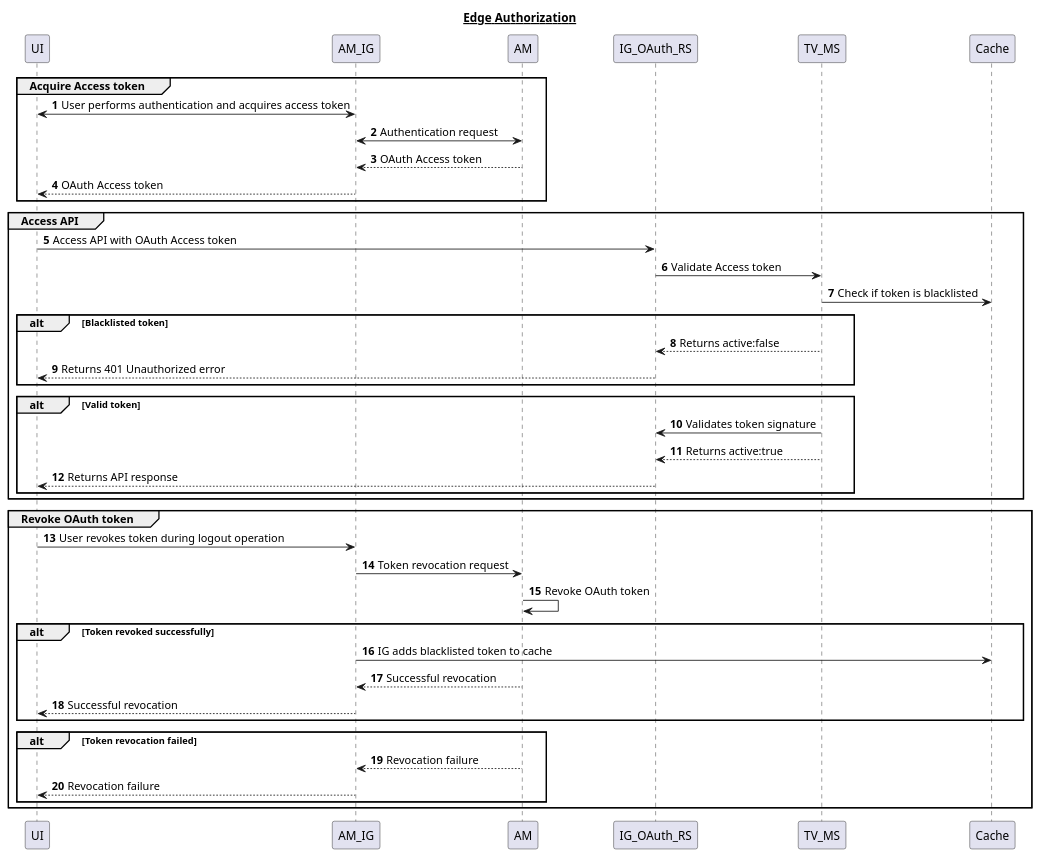
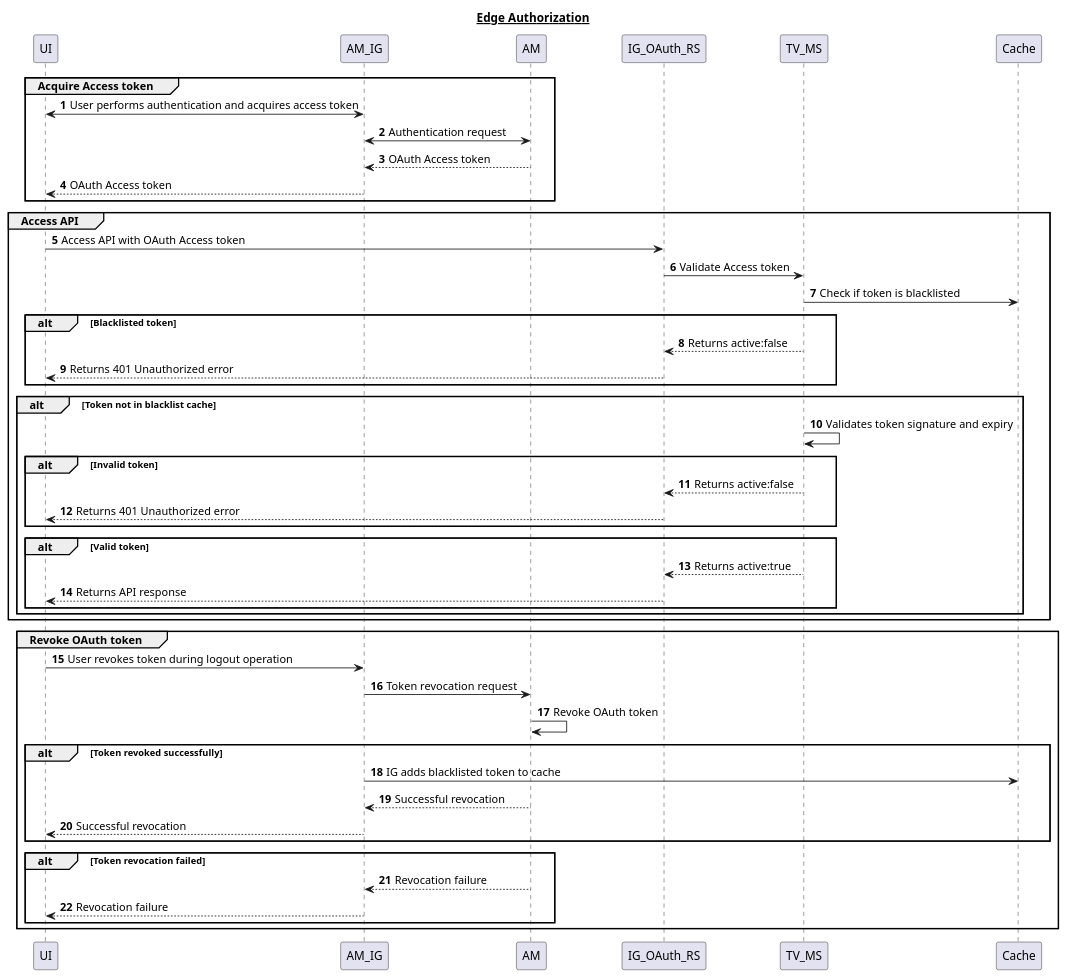
One commit to CharanMann/EdgeAuthz-TokenValidation changed the diagram in diagrams/EdgeAuthzSequence.puml. Above: the diagram before and after it, drawn with PlantUML. The commit also changed 7 other files, not shown here.

Commit message:
Expiring token cache

```diff
--- a/diagrams/EdgeAuthzSequence.puml
+++ b/diagrams/EdgeAuthzSequence.puml
@@ -1,42 +1,48 @@
 @startuml
 title __Edge Authorization__
 autonumber
 
 group Acquire Access token
 UI<->AM_IG: User performs authentication and acquires access token
 AM_IG<->AM: Authentication request
 AM-->AM_IG: OAuth Access token
 AM_IG-->UI: OAuth Access token
 end
 
 group Access API
 UI->IG_OAuth_RS: Access API with OAuth Access token
 IG_OAuth_RS->TV_MS: Validate Access token
 TV_MS->Cache: Check if token is blacklisted
 alt Blacklisted token
 TV_MS-->IG_OAuth_RS: Returns active:false
 IG_OAuth_RS-->UI: Returns 401 Unauthorized error
 end
+alt Token not in blacklist cache
+TV_MS->TV_MS: Validates token signature and expiry
+alt Invalid token
+TV_MS-->IG_OAuth_RS: Returns active:false
+IG_OAuth_RS-->UI: Returns 401 Unauthorized error
+end
 alt Valid token
-TV_MS->IG_OAuth_RS: Validates token signature
 TV_MS-->IG_OAuth_RS: Returns active:true
 IG_OAuth_RS-->UI: Returns API response
+end
 end
 end
 
 group Revoke OAuth token
 UI->AM_IG: User revokes token during logout operation
 AM_IG->AM: Token revocation request
 AM->AM: Revoke OAuth token
 alt Token revoked successfully
 AM_IG->Cache: IG adds blacklisted token to cache
 AM-->AM_IG: Successful revocation
 AM_IG-->UI: Successful revocation
 end
 alt Token revocation failed
 AM-->AM_IG: Revocation failure
 AM_IG-->UI: Revocation failure
 end
 end
 
 @enduml
```
